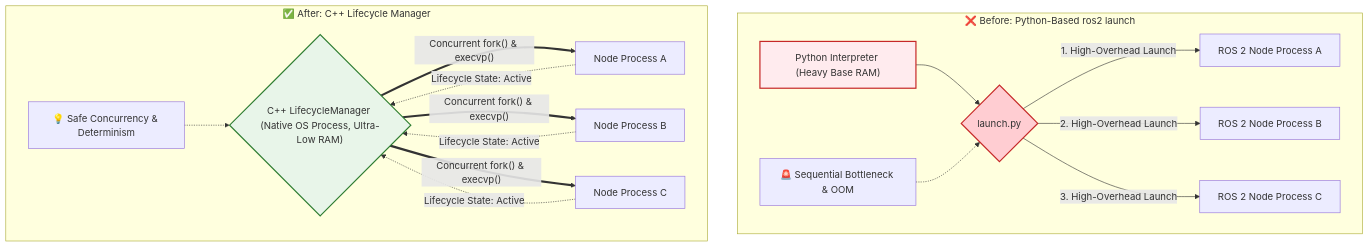
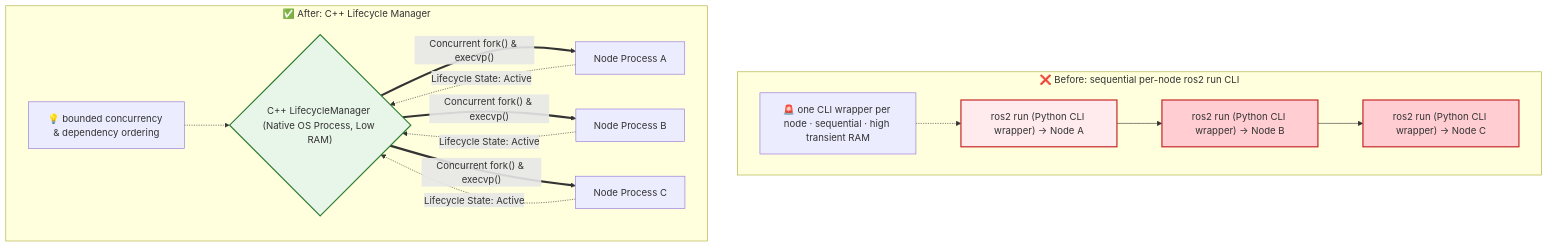
Before and after one commit to Open-Edge-Robotics/A.RobotAI-LGE-ROS2-LifecycleManager: the second of 3 diagrams in README.md, drawn with Mermaid. The commit also changed other lines of this file, not shown here.

````diff
--- a/README.md
+++ b/README.md
@@ -179,25 +187,26 @@
 ```mermaid
 flowchart TD
-    subgraph Old [❌ Before: Python-Based ros2 launch]
-        P_Interpreter["Python Interpreter (Heavy Base RAM)"] --> P_Launch{"launch.py"}
-        P_Launch -- "1. High-Overhead Launch" --> P_N1[ROS 2 Node Process A]
-        P_Launch -- "2. High-Overhead Launch" --> P_N2[ROS 2 Node Process B]
-        P_Launch -- "3. High-Overhead Launch" --> P_N3[ROS 2 Node Process C]
-        P_Note["🚨 Sequential Bottleneck & OOM"] -.-> P_Launch
+    subgraph Old [❌ Before: sequential per-node ros2 run CLI]
+        P_N1["ros2 run (Python CLI wrapper) → Node A"]
+        P_N2["ros2 run (Python CLI wrapper) → Node B"]
+        P_N3["ros2 run (Python CLI wrapper) → Node C"]
+        P_N1 --> P_N2 --> P_N3
+        P_Note["🚨 one CLI wrapper per node · sequential · high transient RAM"] -.-> P_N1
     end
 
     subgraph New [✅ After: C++ Lifecycle Manager]
-        C_Manager{"C++ LifecycleManager (Native OS Process, Ultra-Low RAM)"}
+        C_Manager{"C++ LifecycleManager (Native OS Process, Low RAM)"}
         C_Manager == "Concurrent fork() & execvp()" ==> C_N1[Node Process A]
         C_Manager == "Concurrent fork() & execvp()" ==> C_N2[Node Process B]
         C_Manager == "Concurrent fork() & execvp()" ==> C_N3[Node Process C]
         C_N1 -. "Lifecycle State: Active" .-> C_Manager
         C_N2 -. "Lifecycle State: Active" .-> C_Manager
         C_N3 -. "Lifecycle State: Active" .-> C_Manager
-        C_Note["💡 Safe Concurrency & Determinism"] -.-> C_Manager
+        C_Note["💡 bounded concurrency & dependency ordering"] -.-> C_Manager
     end
-    
-    style P_Interpreter fill:#ffebee,stroke:#c62828,stroke-width:2px
-    style P_Launch fill:#ffcdd2,stroke:#c62828,stroke-width:2px
+
+    style P_N1 fill:#ffebee,stroke:#c62828,stroke-width:2px
+    style P_N2 fill:#ffcdd2,stroke:#c62828,stroke-width:2px
+    style P_N3 fill:#ffcdd2,stroke:#c62828,stroke-width:2px
     style C_Manager fill:#e8f5e9,stroke:#2e7d32,stroke-width:2px
 ```
````
